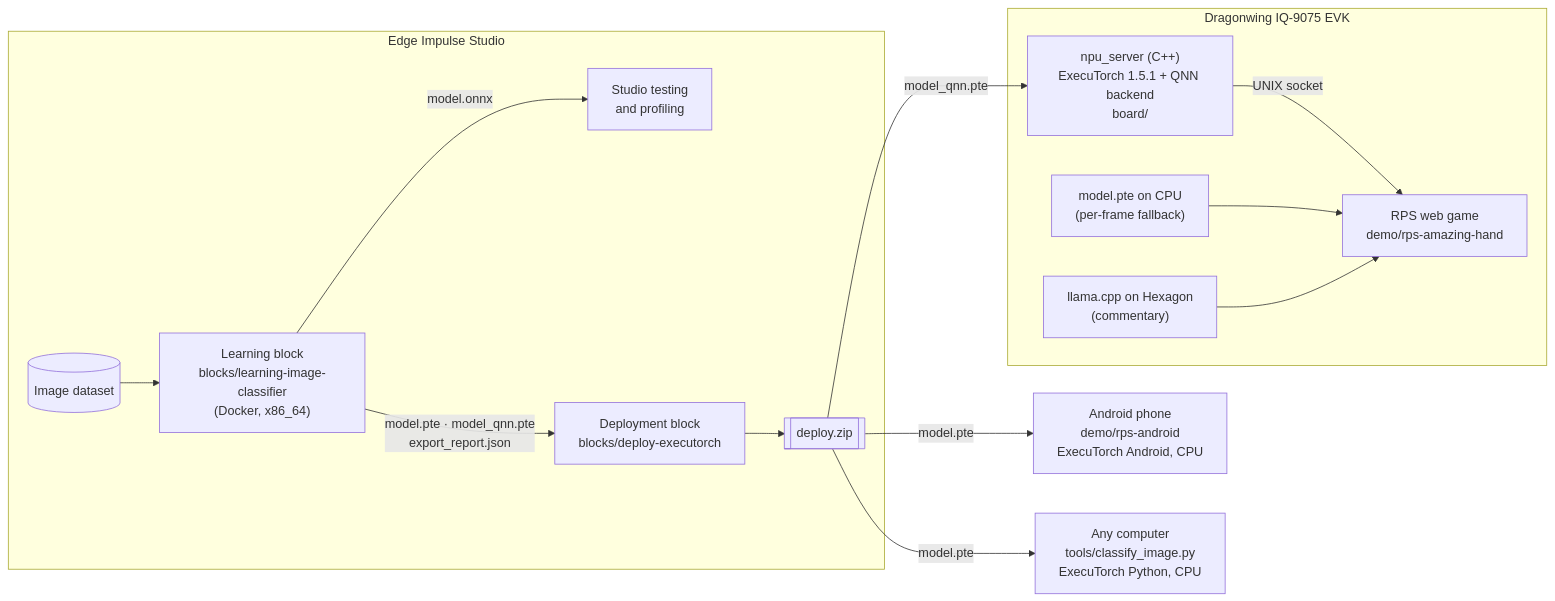
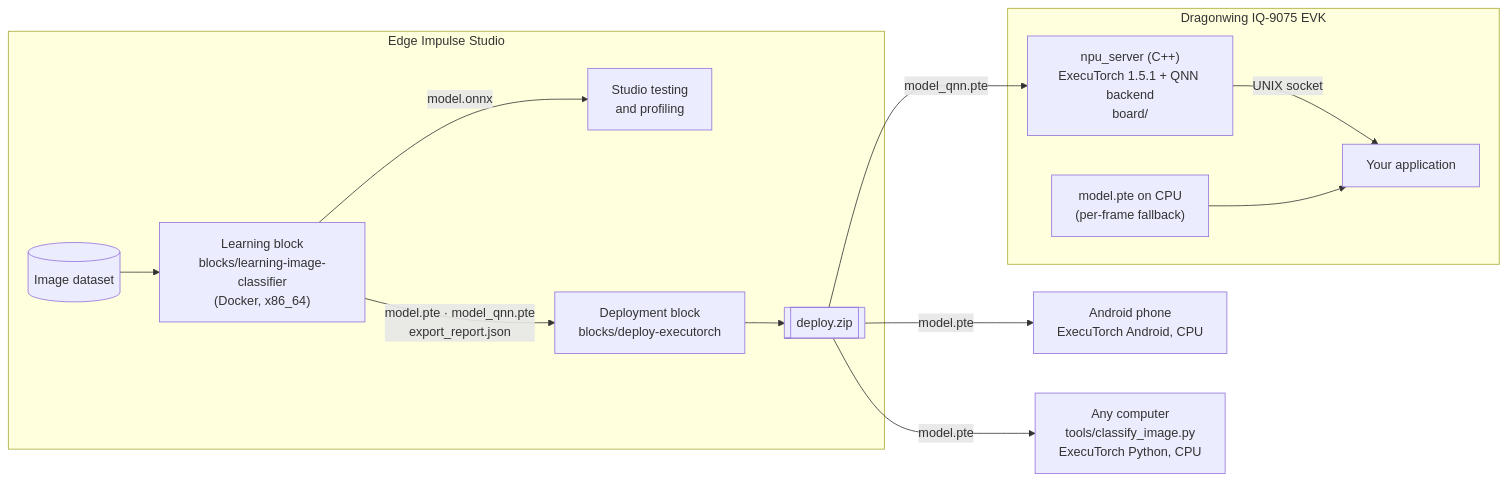
The diagram in README.md (edgeimpulse/example-executorch-qnn), drawn with Mermaid before and after one commit. The commit also changed other lines of this file and 102 other files, not shown here.

````diff
--- a/README.md
+++ b/README.md
@@ -243,17 +227,16 @@
 ```mermaid
 flowchart LR
   subgraph Studio["Edge Impulse Studio"]
     D[(Image dataset)] --> L["Learning block<br/>blocks/learning-image-classifier<br/>(Docker, x86_64)"]
     L -->|model.onnx| S[Studio testing<br/>and profiling]
     L -->|model.pte · model_qnn.pte<br/>export_report.json| P["Deployment block<br/>blocks/deploy-executorch"]
     P --> Z[[deploy.zip]]
   end
-  Z -->|model.pte| PH["Android phone<br/>demo/rps-android<br/>ExecuTorch Android, CPU"]
+  Z -->|model.pte| PH["Android phone<br/>ExecuTorch Android, CPU"]
   Z -->|model.pte| PC["Any computer<br/>tools/classify_image.py<br/>ExecuTorch Python, CPU"]
   Z -->|model_qnn.pte| B
   subgraph Board["Dragonwing IQ-9075 EVK"]
-    B["npu_server (C++)<br/>ExecuTorch 1.5.1 + QNN backend<br/>board/"] -- "UNIX socket" --> A["RPS web game<br/>demo/rps-amazing-hand"]
+    B["npu_server (C++)<br/>ExecuTorch 1.5.1 + QNN backend<br/>board/"] -- "UNIX socket" --> A["Your application"]
     C["model.pte on CPU<br/>(per-frame fallback)"] --> A
-    LL["llama.cpp on Hexagon<br/>(commentary)"] --> A
   end
 ```
````
